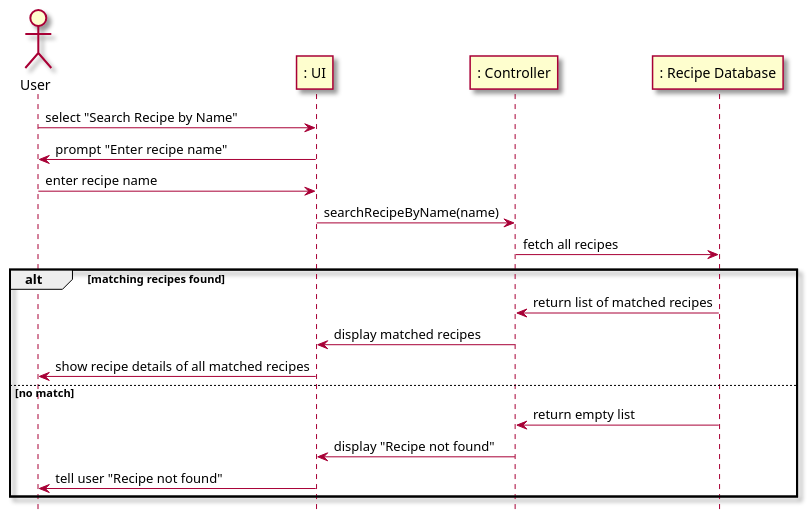
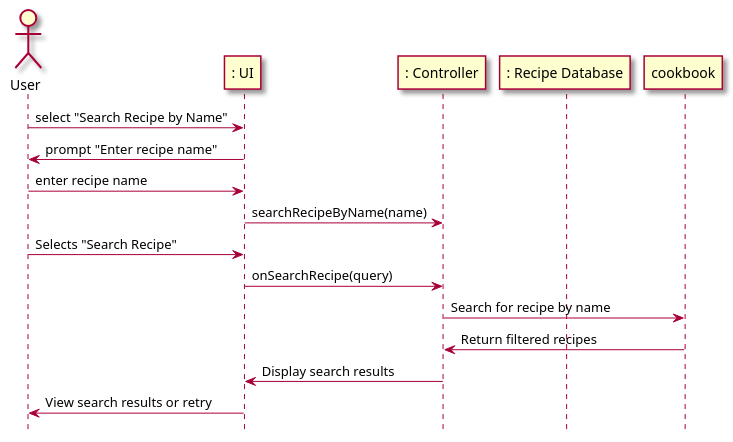
Before and after one commit to berthashipper/Pantry-Pal-Android-Application: the second of 2 diagrams in intellij/doc/use-cases/search_recipes.md, drawn with PlantUML. The commit also changed other lines of this file and 11 other files, not shown here.

Commit message:
Updated sequence diagrams and workflows to reflect real code

````diff
--- a/intellij/doc/use-cases/search_recipes.md
+++ b/intellij/doc/use-cases/search_recipes.md
@@ -65,31 +68,25 @@
 ```plantuml
 @startuml
 skin rose
 
 hide footbox
 
 actor User as user
 participant ": UI" as ui
 participant ": Controller" as cont
 participant ": Recipe Database" as db
 
 user -> ui : select "Search Recipe by Name"
 ui -> user : prompt "Enter recipe name"
 user -> ui : enter recipe name
 ui -> cont : searchRecipeByName(name)
 
-cont -> db : fetch all recipes
-alt matching recipes found
-    db -> cont : return list of matched recipes
-    cont -> ui : display matched recipes
-    ui -> user : show recipe details of all matched recipes
-else no match
-    db -> cont : return empty list
-    cont -> ui : display "Recipe not found"
-    ui -> user : tell user "Recipe not found"
-end
 
-
-
+user -> ui : Selects "Search Recipe"
+ui -> cont : onSearchRecipe(query)
+cont -> cookbook : Search for recipe by name
+cookbook -> cont : Return filtered recipes
+cont -> ui : Display search results
+ui -> user : View search results or retry
 @enduml
 ```
````
